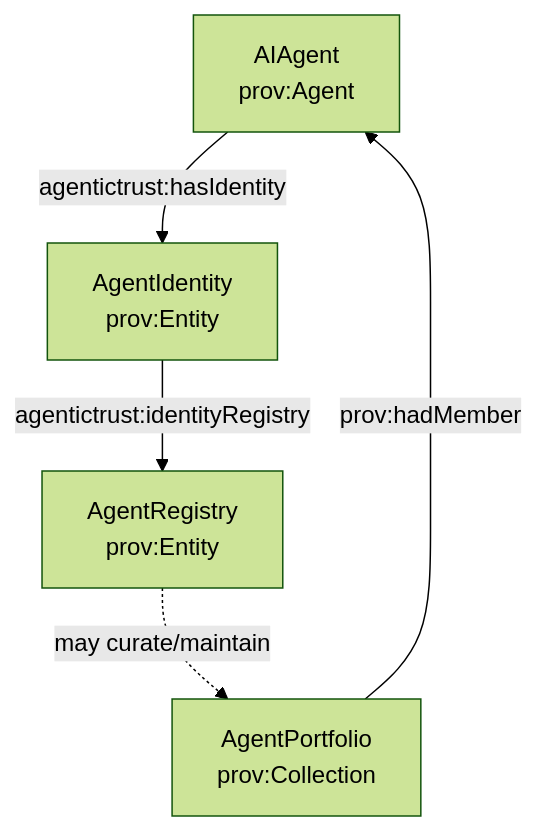
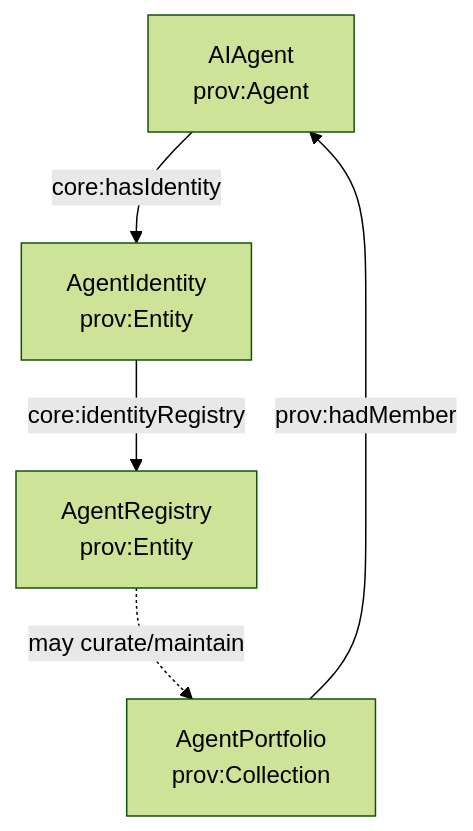
The diagram in docs/ontology/agent-registry.md (Agentic-Trust-Layer/agent-explorer), drawn with Mermaid (forest theme) before and after one commit. The commit also changed other lines of this file and 49 other files, not shown here.

````diff
--- a/docs/ontology/agent-registry.md
+++ b/docs/ontology/agent-registry.md
@@ -32,12 +32,12 @@
 ```mermaid
 graph TB
   Agent["AIAgent\nprov:Agent"]
   Identity["AgentIdentity\nprov:Entity"]
   Registry["AgentRegistry\nprov:Entity"]
   Portfolio["AgentPortfolio\nprov:Collection"]
 
-  Agent -->|agentictrust:hasIdentity| Identity
-  Identity -->|agentictrust:identityRegistry| Registry
+  Agent -->|core:hasIdentity| Identity
+  Identity -->|core:identityRegistry| Registry
   Portfolio -->|prov:hadMember| Agent
   Registry -. "may curate/maintain" .-> Portfolio
 ```
````
